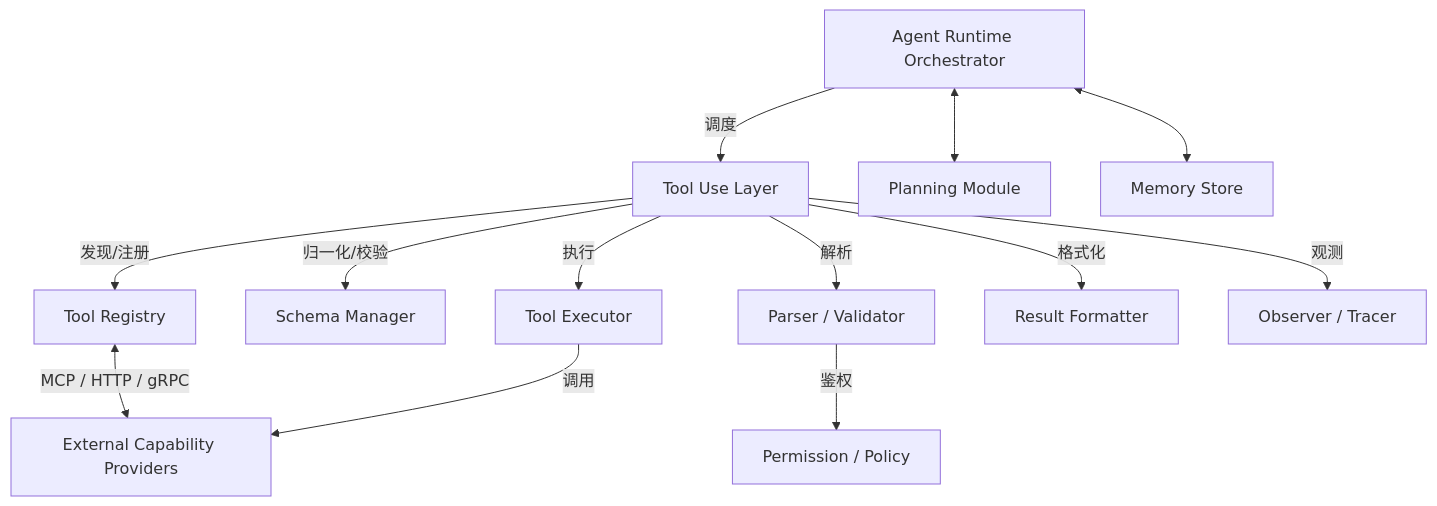
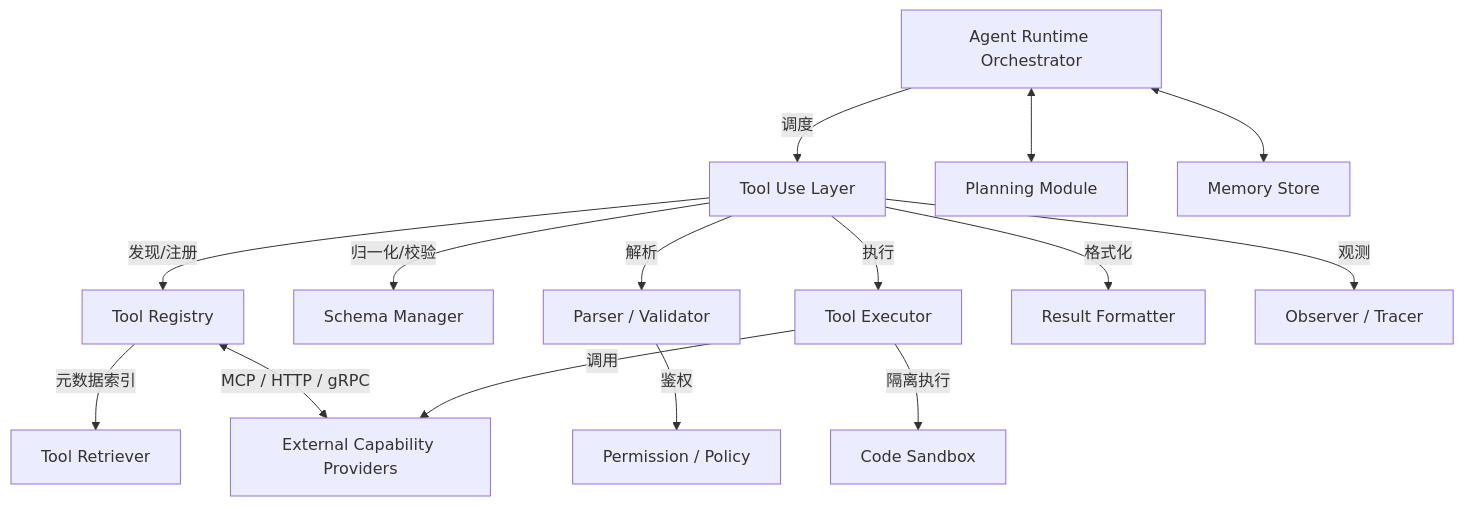
Before and after one commit to cypggs/AI_Infra_Handbook: the diagram in docs/05-agent/tool-use/03-architecture.md, drawn with Mermaid. The commit also changed other lines of this file and 10 other files, not shown here.

````diff
--- a/docs/05-agent/tool-use/03-architecture.md
+++ b/docs/05-agent/tool-use/03-architecture.md
@@ -7,17 +7,19 @@
 ```mermaid
 graph TD
     A[Agent Runtime Orchestrator] -- 调度 --> B[Tool Use Layer]
     B -- 发现/注册 --> C[Tool Registry]
-    B -- 归一化/校验 --> D[Schema Manager]
-    B -- 解析 --> E[Parser / Validator]
-    E -- 鉴权 --> F[Permission / Policy]
-    B -- 执行 --> G[Tool Executor]
-    B -- 格式化 --> H[Result Formatter]
-    B -- 观测 --> I[Observer / Tracer]
+    C -- 元数据索引 --> D[Tool Retriever]
+    B -- 归一化/校验 --> E[Schema Manager]
+    B -- 解析 --> F[Parser / Validator]
+    F -- 鉴权 --> G[Permission / Policy]
+    B -- 执行 --> H[Tool Executor]
+    H -- 隔离执行 --> N[Code Sandbox]
+    B -- 格式化 --> I[Result Formatter]
+    B -- 观测 --> J[Observer / Tracer]
 
-    C <-- MCP / HTTP / gRPC --> J[External Capability Providers]
-    G -- 调用 --> J
+    C <-- MCP / HTTP / gRPC --> K[External Capability Providers]
+    H -- 调用 --> K
 
-    A <--> K[Planning Module]
-    A <--> L[Memory Store]
+    A <--> L[Planning Module]
+    A <--> M[Memory Store]
 ```
````
